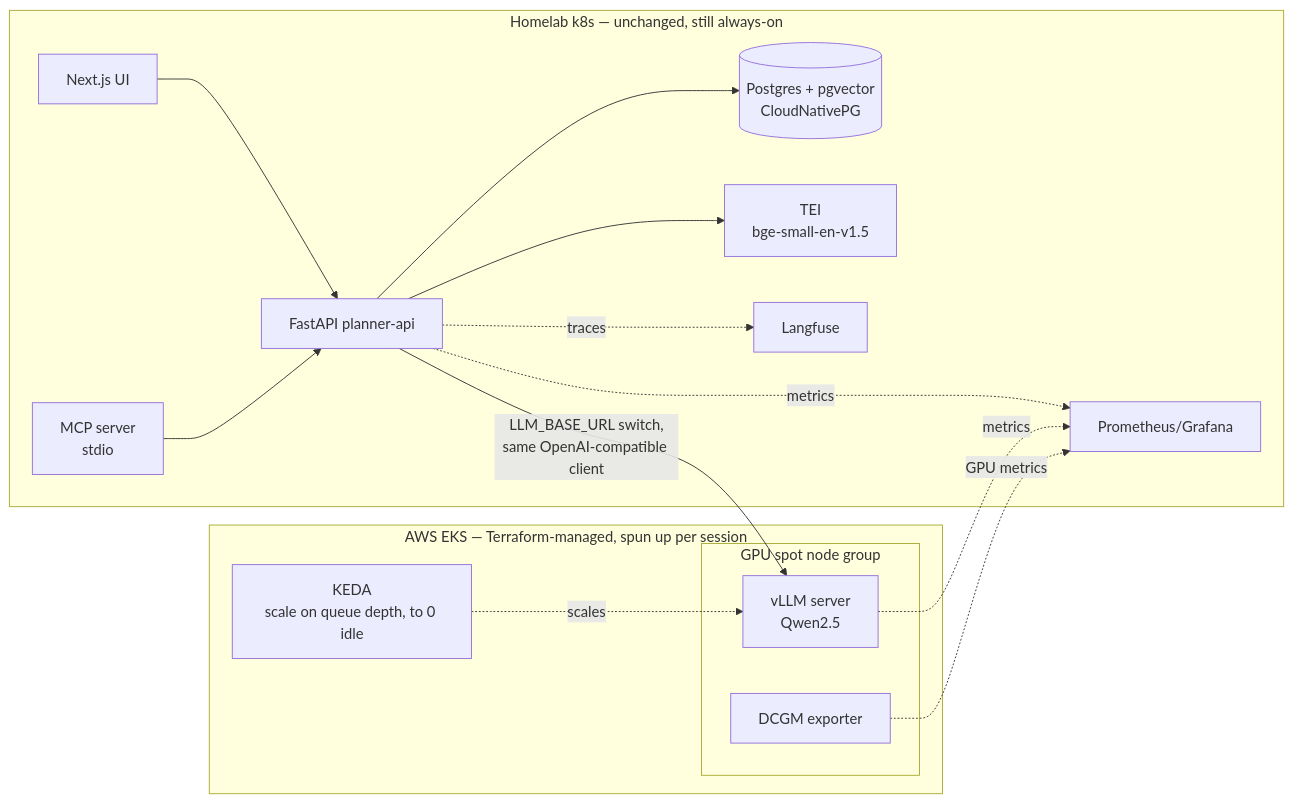
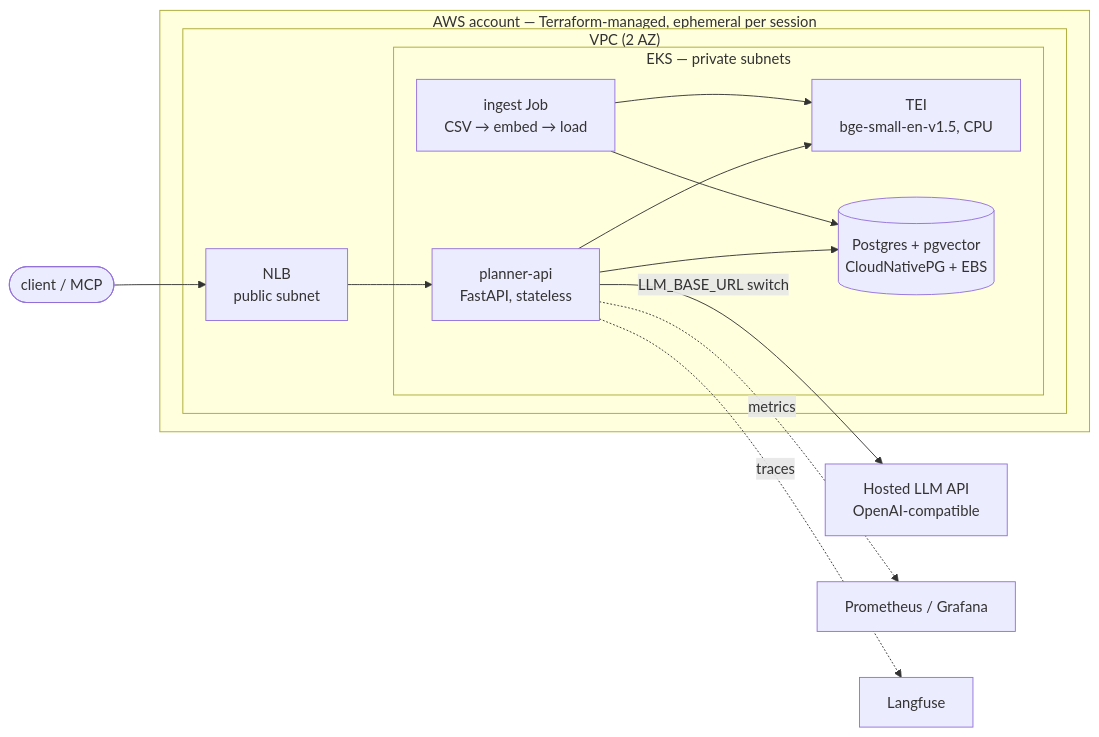
The diagram in project_plan.md (EduardoPamplona/hungry), drawn with Mermaid before and after one commit. The commit also changed other lines of this file and 21 other files, not shown here.

First line of the commit message:
Cloud re-design: AWS EKS deploy stack + cloud-native docs (#2)

````diff
--- a/project_plan.md
+++ b/project_plan.md
@@ -136,29 +21,27 @@
 ```mermaid
 flowchart LR
-  subgraph Homelab["Homelab k8s — unchanged, still always-on"]
-    UI[Next.js UI]
-    API[FastAPI planner-api]
-    DB[(Postgres + pgvector<br/>CloudNativePG)]
-    TEI[TEI<br/>bge-small-en-v1.5]
-    MCP[MCP server<br/>stdio]
-    LF[Langfuse]
-    OBS[Prometheus/Grafana]
+  client([client / MCP])
+  subgraph AWS["AWS account — Terraform-managed, ephemeral per session"]
+    subgraph VPC["VPC (2 AZ)"]
+      NLB[NLB<br/>public subnet]
+      subgraph EKS["EKS — private subnets"]
+        API[planner-api<br/>FastAPI, stateless]
+        TEI[TEI<br/>bge-small-en-v1.5, CPU]
+        DB[(Postgres + pgvector<br/>CloudNativePG + EBS)]
+        JOB[ingest Job<br/>CSV → embed → load]
+      end
+    end
   end
-  subgraph EKS["AWS EKS — Terraform-managed, spun up per session"]
-    subgraph GPU["GPU spot node group"]
-      VLLM[vLLM server<br/>Qwen2.5]
-      DCGM[DCGM exporter]
-    end
-    KEDA[KEDA<br/>scale on queue depth, to 0 idle]
-  end
-  UI --> API
+  LLM[Hosted LLM API<br/>OpenAI-compatible]
+  OBS[Prometheus / Grafana]
+  LF[Langfuse]
+
+  client --> NLB --> API
+  API --> TEI
   API --> DB
-  API --> TEI
-  API -->|LLM_BASE_URL switch,<br/>same OpenAI-compatible client| VLLM
-  MCP --> API
+  API -->|LLM_BASE_URL switch| LLM
+  JOB --> TEI
+  JOB --> DB
   API -.traces.-> LF
   API -.metrics.-> OBS
-  VLLM -.metrics.-> OBS
-  DCGM -.GPU metrics.-> OBS
-  KEDA -.scales.-> VLLM
 ```
````
